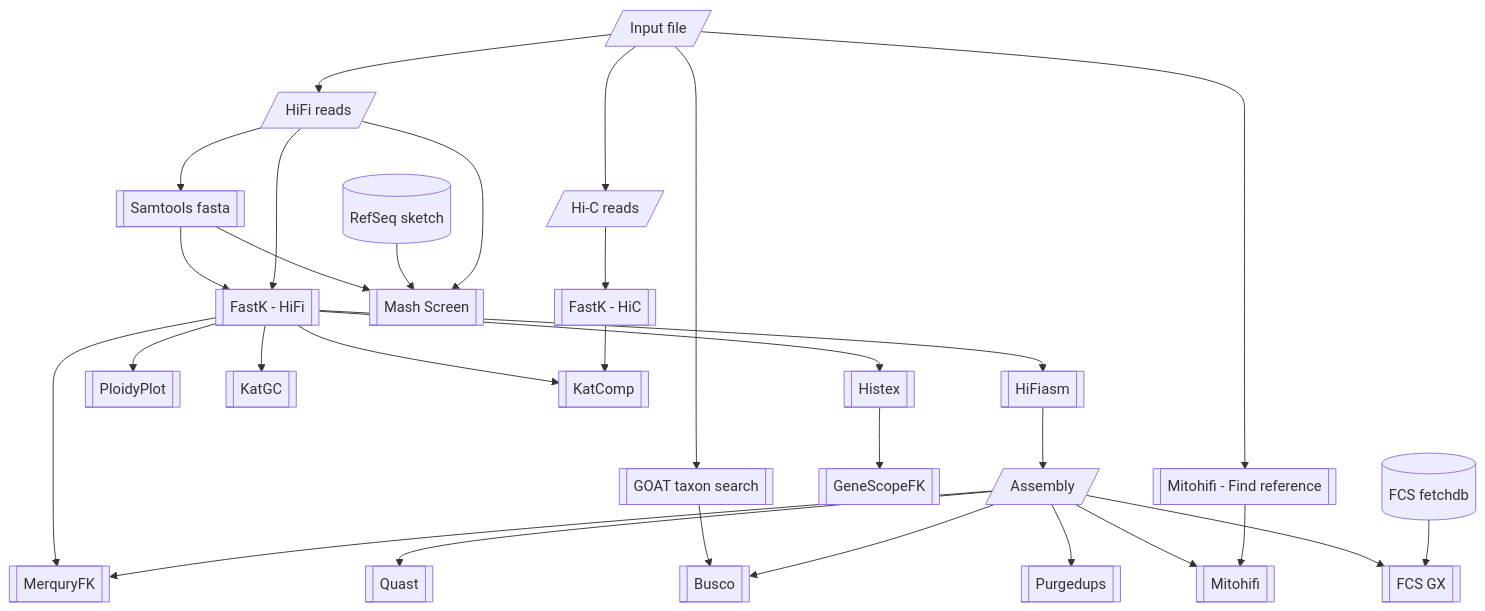
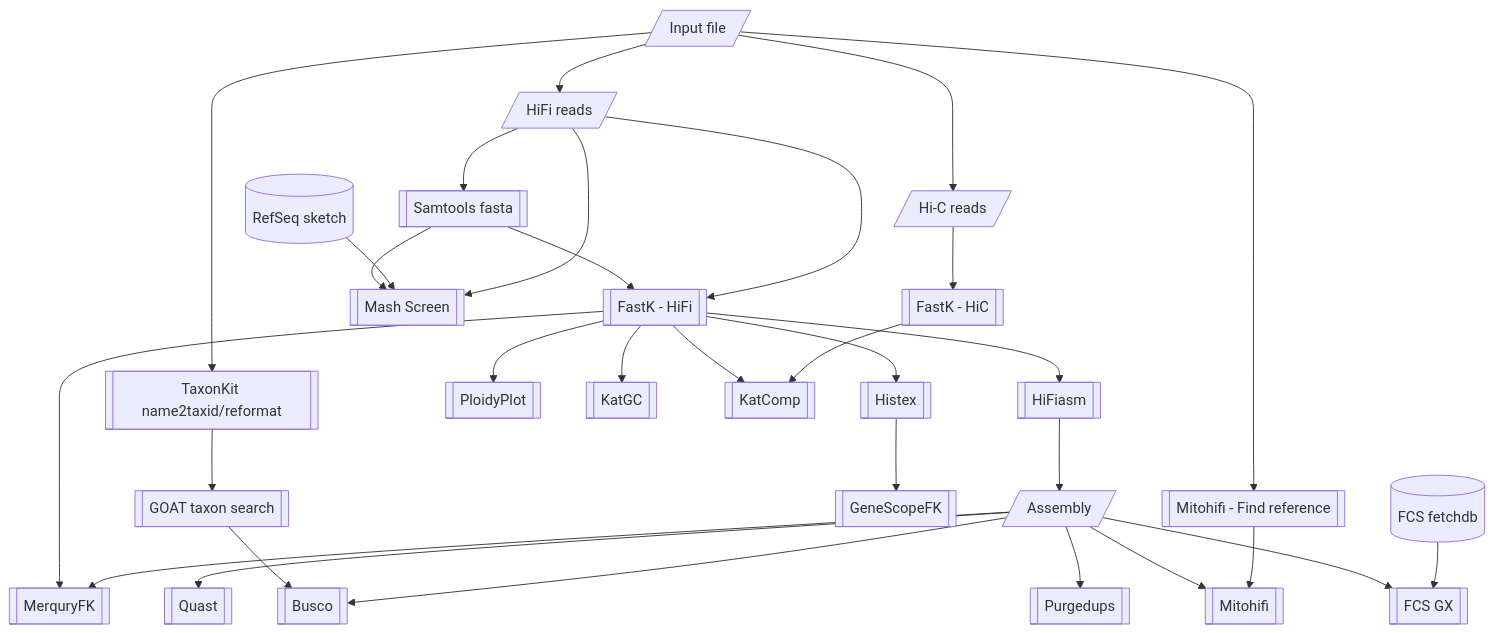
Before and after one commit to NBISweden/Earth-Biogenome-Project-pilot: the second of 2 diagrams in README.md, drawn with Mermaid.

Commit message:
Update README mermaid implementation

````diff
--- a/README.md
+++ b/README.md
@@ -23,32 +23,33 @@
 ```mermaid
 flowchart TD
     input[/ Input file/] --> hifi
     input --> hic
-    input --> goat_taxon[[ GOAT taxon search ]]
+    input --> taxonkit[[ TaxonKit name2taxid/reformat ]]
+    taxonkit --> goat_taxon[[ GOAT taxon search ]]
     goat_taxon --> busco
     hifi --> samtools_fa[[ Samtools fasta ]]
     samtools_fa --> fastk_hifi
     samtools_fa --> mash_screen
     hifi[/ HiFi reads /] --> fastk_hifi[[ FastK - HiFi ]]
     hic[/ Hi-C reads /] --> fastk_hic[[ FastK - HiC ]]
     assembly[/ Assembly /] --> quast[[ Quast ]]
     fastk_hifi --> histex[[ Histex ]]
     histex --> genescopefk[[ GeneScopeFK ]]
     fastk_hifi --> ploidyplot[[ PloidyPlot ]]
     fastk_hifi --> katgc[[ KatGC ]]
     fastk_hifi --> merquryfk[[ MerquryFK ]]
     assembly --> merquryfk
     fastk_hifi --> katcomp[[ KatComp ]]
     fastk_hic --> katcomp
     assembly --> busco[[ Busco ]]
     refseq_sketch[( RefSeq sketch )] --> mash_screen[[ Mash Screen ]]
     hifi --> mash_screen
     fastk_hifi --> hifiasm[[ HiFiasm ]]
     hifiasm --> assembly
     assembly --> purgedups[[ Purgedups ]]
     input --> mitoref[[ Mitohifi - Find reference ]]
     assembly --> mitohifi[[ Mitohifi ]]
     assembly --> fcsgx[[ FCS GX ]]
     fcs_fetchdb[( FCS fetchdb )] --> fcsgx
     mitoref --> mitohifi
 ```
````
